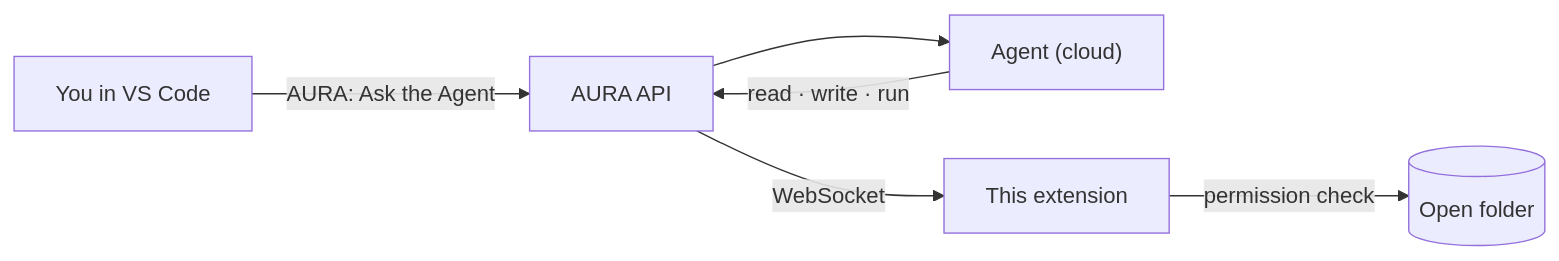
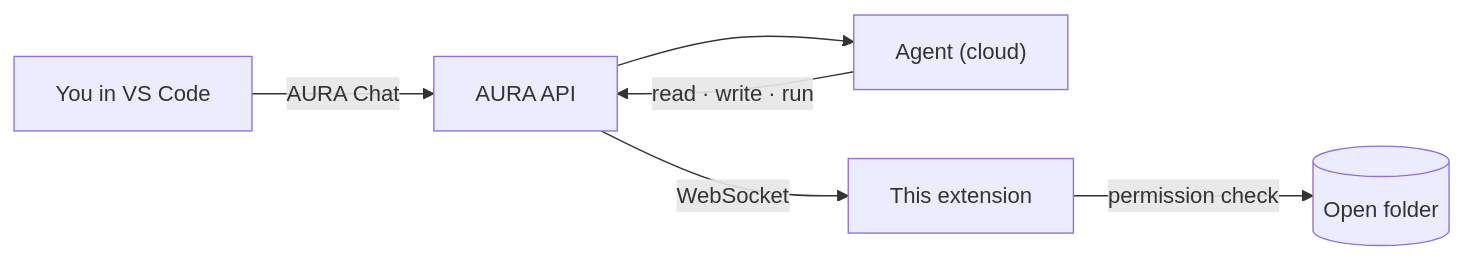
One commit to HasithaErandika/aura changed the diagram in apps/vscode/README.md. Above: the diagram before and after it, drawn with Mermaid. The commit also changed other lines of this file and 30 other files, not shown here.

First line of the commit message:
feat: AURA for VS Code V1 - browser sign-in, Tasks view, chat panel, project setup

````diff
--- a/apps/vscode/README.md
+++ b/apps/vscode/README.md
@@ -11,8 +12,8 @@
 ```mermaid
 flowchart LR
-    YOU["You in VS Code"] -->|"AURA: Ask the Agent"| API["AURA API"]
+    YOU["You in VS Code"] -->|"AURA Chat"| API["AURA API"]
     API --> RT["Agent (cloud)"]
     RT -->|"read · write · run"| API
     API -->|"WebSocket"| EXT["This extension"]
     EXT -->|"permission check"| FOLDER[("Open folder")]
 ```
````
